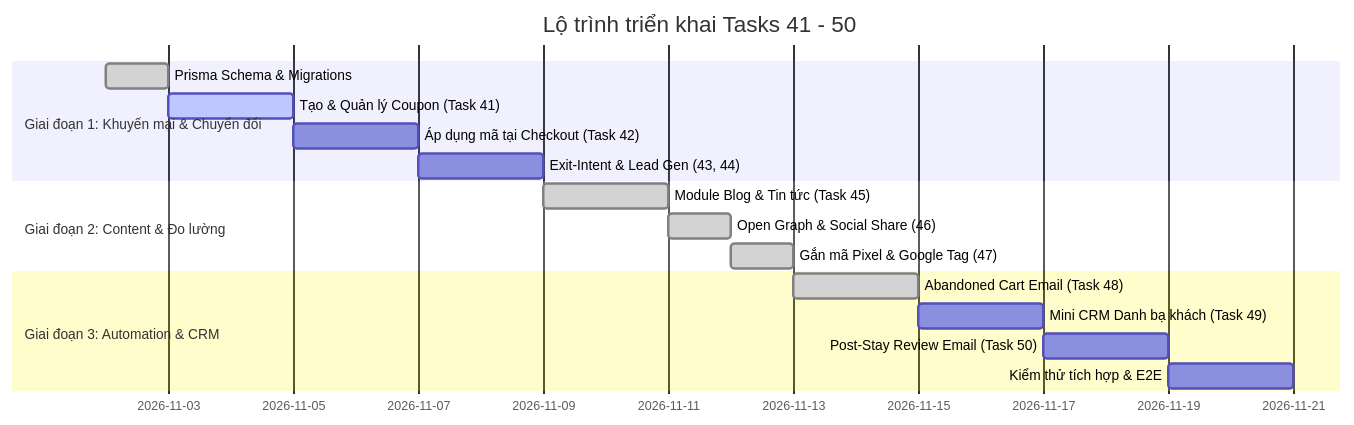
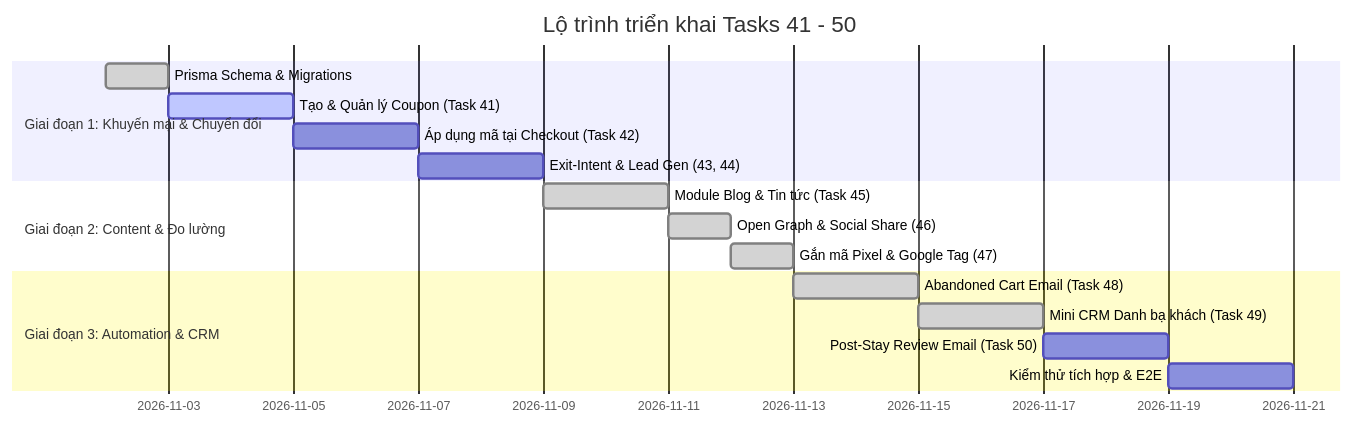
One commit to vogiahuy2506-lang/Digistay changed the second of 2 diagrams in docs/PLAN-TASKS-41-50.md. Above: the diagram before and after it, drawn with Mermaid. The commit also changed 20 other files, not shown here.

Commit message:
feat(crm): implement task 49 mini crm guest directory and stay history

````diff
--- a/docs/PLAN-TASKS-41-50.md
+++ b/docs/PLAN-TASKS-41-50.md
@@ -345,19 +345,19 @@
 ```mermaid
 gantt
     title Lộ trình triển khai Tasks 41 - 50
     dateFormat  YYYY-MM-DD
     section Giai đoạn 1: Khuyến mại & Chuyển đổi
     Prisma Schema & Migrations       :done,    p1_1, 2026-11-02, 1d
     Tạo & Quản lý Coupon (Task 41)    :active,  p1_2, after p1_1, 2d
     Áp dụng mã tại Checkout (Task 42) :         p1_3, after p1_2, 2d
     Exit-Intent & Lead Gen (43, 44)   :         p1_4, after p1_3, 2d
     section Giai đoạn 2: Content & Đo lường
     Module Blog & Tin tức (Task 45)   :done,    p2_1, after p1_4, 2d
     Open Graph & Social Share (46)    :done,    p2_2, after p2_1, 1d
     Gắn mã Pixel & Google Tag (47)    :done,    p2_3, after p2_2, 1d
     section Giai đoạn 3: Automation & CRM
     Abandoned Cart Email (Task 48)    :done,    p3_1, after p2_3, 2d
-    Mini CRM Danh bạ khách (Task 49)  :         p3_2, after p3_1, 2d
+    Mini CRM Danh bạ khách (Task 49)  :done,    p3_2, after p3_1, 2d
     Post-Stay Review Email (Task 50)  :         p3_3, after p3_2, 2d
     Kiểm thử tích hợp & E2E           :         p3_4, after p3_3, 2d
 ```
````
